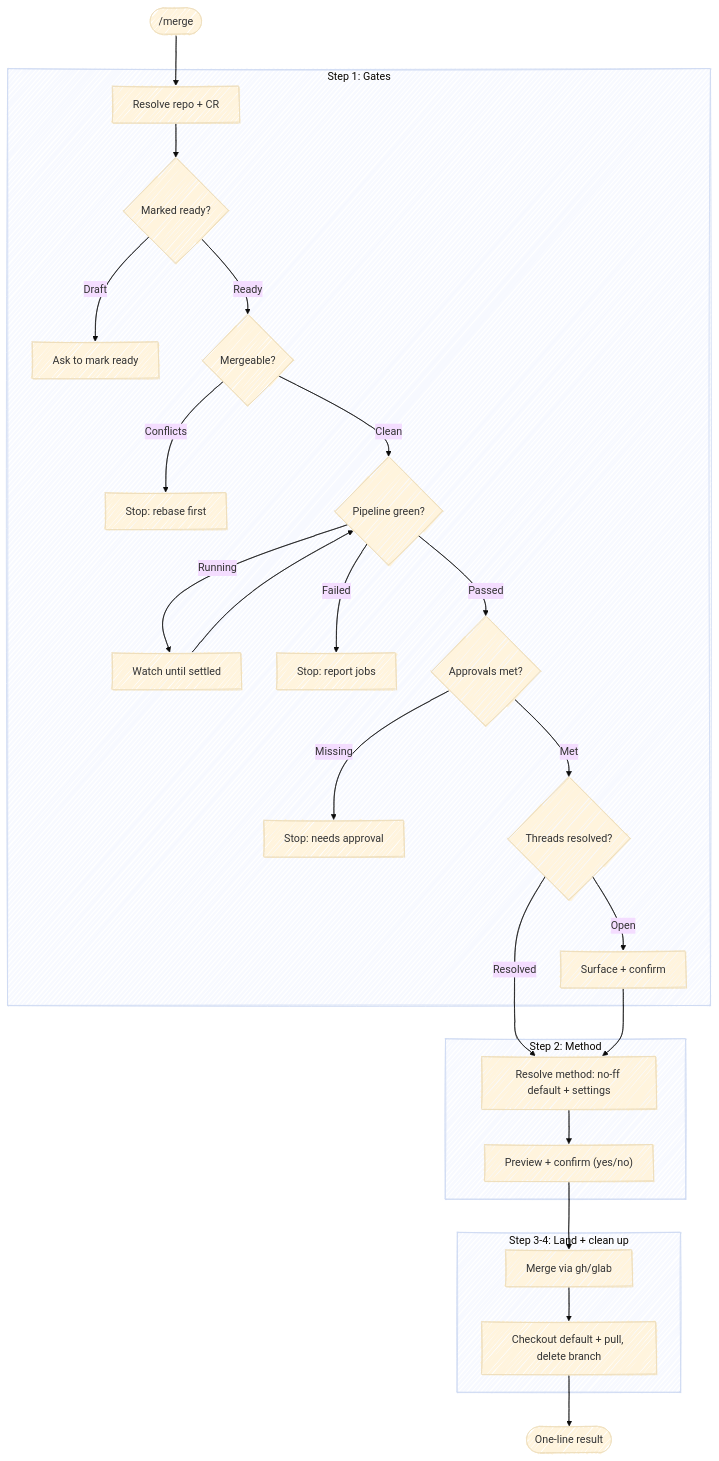
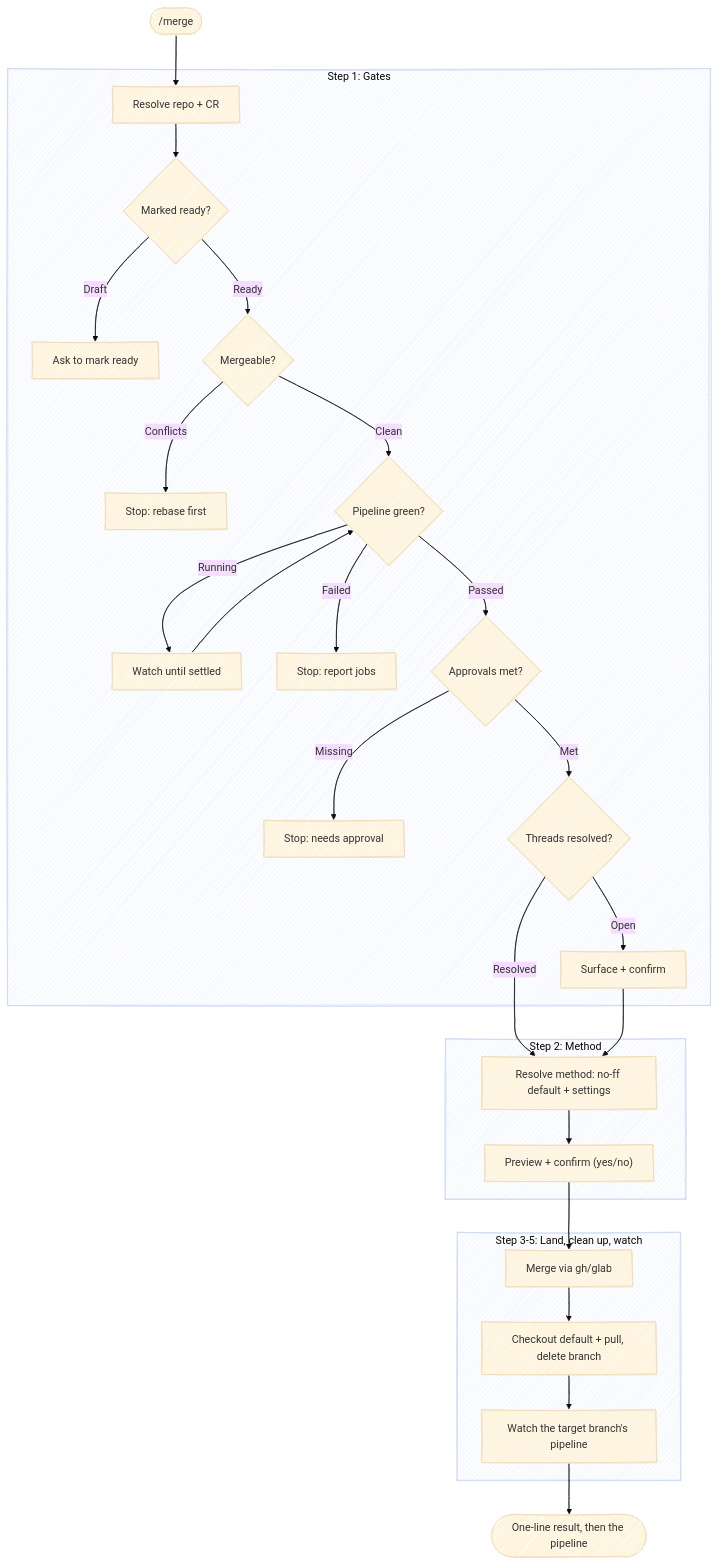
Before and after one commit to chris-peterson/anchor: the diagram in skills/merge/SKILL.md, drawn with Mermaid (base theme). The commit also changed other lines of this file and 6 other files, not shown here.

````diff
--- a/skills/merge/SKILL.md
+++ b/skills/merge/SKILL.md
@@ -29,33 +39,34 @@
 ```mermaid
 %%{ init: { 'look': 'handDrawn' } }%%
 flowchart TD
     Start(["/merge"]) --> Repo["Resolve repo + CR"]
 
     subgraph "Step 1: Gates"
         Repo --> Ready{Marked ready?}
         Ready -->|Draft| StopDraft["Ask to mark ready"]
         Ready -->|Ready| Mergeable{Mergeable?}
         Mergeable -->|Conflicts| StopConflict["Stop: rebase first"]
         Mergeable -->|Clean| Pipe{Pipeline green?}
         Pipe -->|Running| Watch["Watch until settled"]
         Watch --> Pipe
         Pipe -->|Failed| StopPipe["Stop: report jobs"]
         Pipe -->|Passed| Appr{Approvals met?}
         Appr -->|Missing| StopAppr["Stop: needs approval"]
         Appr -->|Met| Threads{Threads resolved?}
         Threads -->|Open| ConfirmThreads["Surface + confirm"]
     end
 
     subgraph "Step 2: Method"
         Threads -->|Resolved| Method["Resolve method: no-ff default + settings"]
         ConfirmThreads --> Method
         Method --> Ask["Preview + confirm (yes/no)"]
     end
 
-    subgraph "Step 3-4: Land + clean up"
+    subgraph "Step 3-5: Land, clean up, watch"
         Ask --> Do["Merge via gh/glab"]
         Do --> Post["Checkout default + pull, delete branch"]
+        Post --> WatchMain["Watch the target branch's pipeline"]
     end
 
-    Post --> Report([One-line result])
+    WatchMain --> Report([One-line result, then the pipeline])
 ```
````
